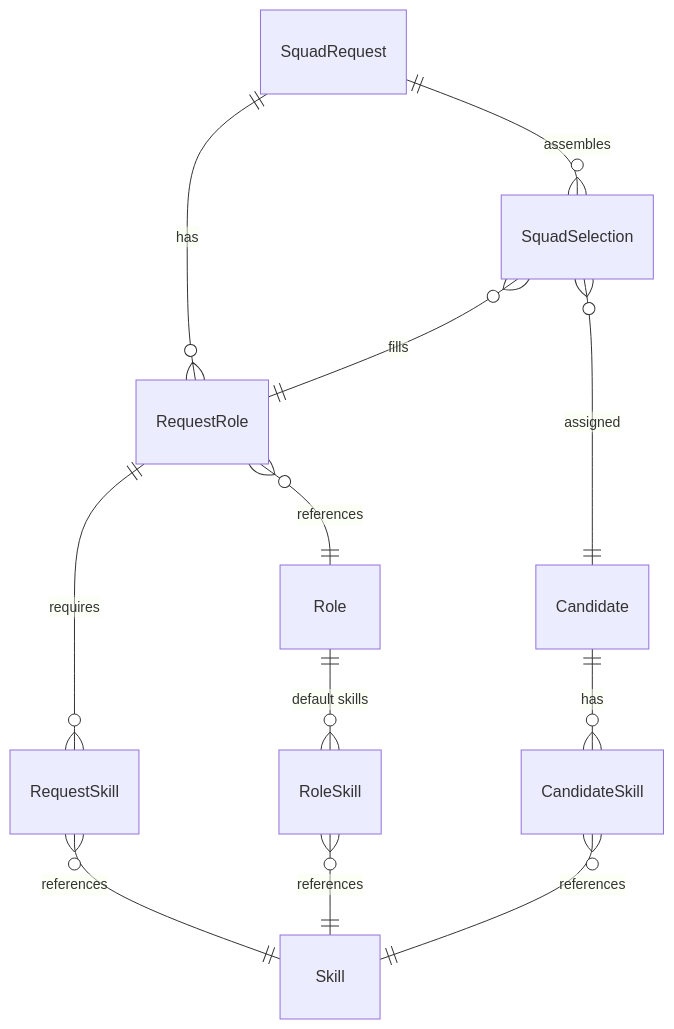
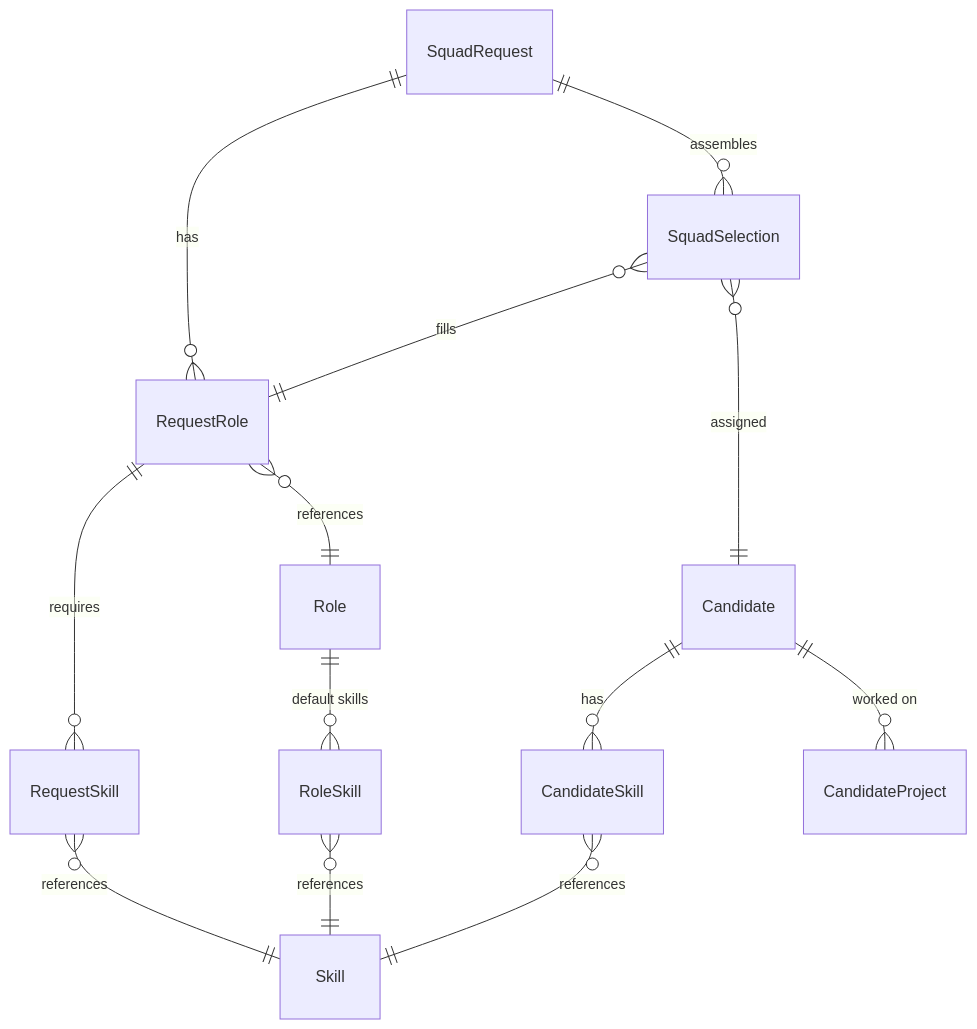
Before and after one commit to seanvdwqt/node-conf-starter: the second of 3 diagrams in .kiro/specs/rapid-squad-assembly/design.md, drawn with Mermaid. The commit also changed other lines of this file and 2 other files, not shown here.

````diff
--- a/.kiro/specs/rapid-squad-assembly/design.md
+++ b/.kiro/specs/rapid-squad-assembly/design.md
@@ -313,14 +382,15 @@
 ```mermaid
 erDiagram
     SquadRequest ||--o{ RequestRole : has
     RequestRole ||--o{ RequestSkill : requires
     RequestRole }o--|| Role : references
     RequestSkill }o--|| Skill : references
     Role ||--o{ RoleSkill : "default skills"
     RoleSkill }o--|| Skill : references
     Candidate ||--o{ CandidateSkill : has
+    Candidate ||--o{ CandidateProject : "worked on"
     CandidateSkill }o--|| Skill : references
     SquadRequest ||--o{ SquadSelection : assembles
     SquadSelection }o--|| RequestRole : "fills"
     SquadSelection }o--|| Candidate : "assigned"
 ```
````
